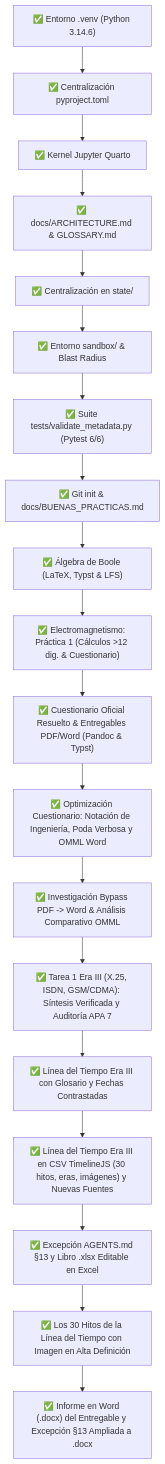
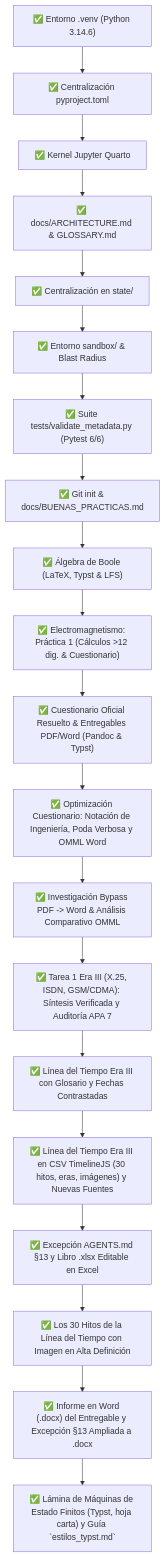
Before and after one commit to NeruDev/RECURSOS: the diagram in state/PROGRESS.md, drawn with Mermaid. The commit also changed other lines of this file and 8 other files, not shown here.

````diff
--- a/state/PROGRESS.md
+++ b/state/PROGRESS.md
@@ -24,22 +24,23 @@
 ```mermaid
 flowchart TD
     T1["✅ Entorno .venv (Python 3.14.6)"] --> T2["✅ Centralización pyproject.toml"]
     T2 --> T3["✅ Kernel Jupyter Quarto"]
     T3 --> T4["✅ docs/ARCHITECTURE.md & GLOSSARY.md"]
     T4 --> T5["✅ Centralización en state/"]
     T5 --> T6["✅ Entorno sandbox/ & Blast Radius"]
     T6 --> T7["✅ Suite tests/validate_metadata.py (Pytest 6/6)"]
     T7 --> T8["✅ Git init & docs/BUENAS_PRACTICAS.md"]
     T8 --> T9["✅ Álgebra de Boole (LaTeX, Typst & LFS)"]
     T9 --> T10["✅ Electromagnetismo: Práctica 1 (Cálculos >12 dig. & Cuestionario)"]
     T10 --> T11["✅ Cuestionario Oficial Resuelto & Entregables PDF/Word (Pandoc & Typst)"]
     T11 --> T12["✅ Optimización Cuestionario: Notación de Ingeniería, Poda Verbosa y OMML Word"]
     T12 --> T13["✅ Alternativas a Pandoc: markdocx (OMML MML2OMML.XSL) & Quarto"]
     T13["✅ Investigación Bypass PDF -> Word & Análisis Comparativo OMML"] --> T14
     T14["✅ Tarea 1 Era III (X.25, ISDN, GSM/CDMA): Síntesis Verificada y Auditoría APA 7"] --> T15
     T15["✅ Línea del Tiempo Era III con Glosario y Fechas Contrastadas"] --> T16
     T16["✅ Línea del Tiempo Era III en CSV TimelineJS (30 hitos, eras, imágenes) y Nuevas Fuentes"] --> T17
     T17["✅ Excepción AGENTS.md §13 y Libro .xlsx Editable en Excel"] --> T18
     T18["✅ Los 30 Hitos de la Línea del Tiempo con Imagen en Alta Definición"] --> T19
-    T19["✅ Informe en Word (.docx) del Entregable y Excepción §13 Ampliada a .docx"]
+    T19["✅ Informe en Word (.docx) del Entregable y Excepción §13 Ampliada a .docx"] --> T20
+    T20["✅ Lámina de Máquinas de Estado Finitos (Typst, hoja carta) y Guía `estilos_typst.md`"]
 ```
````
